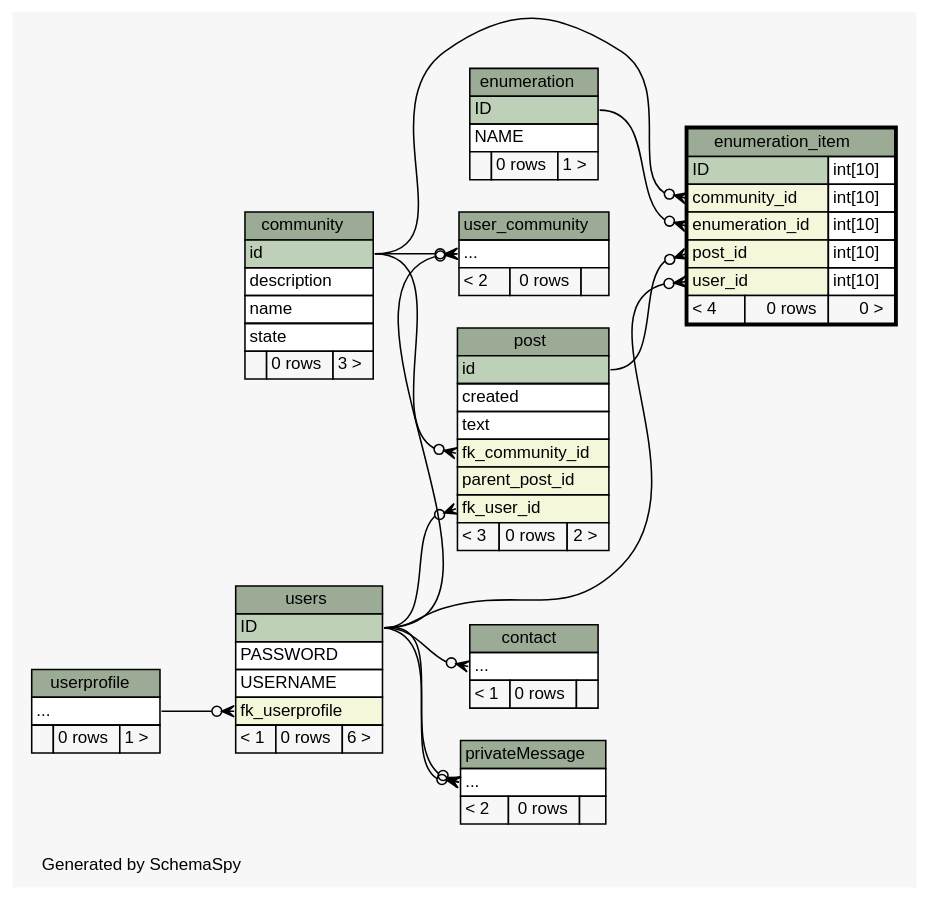
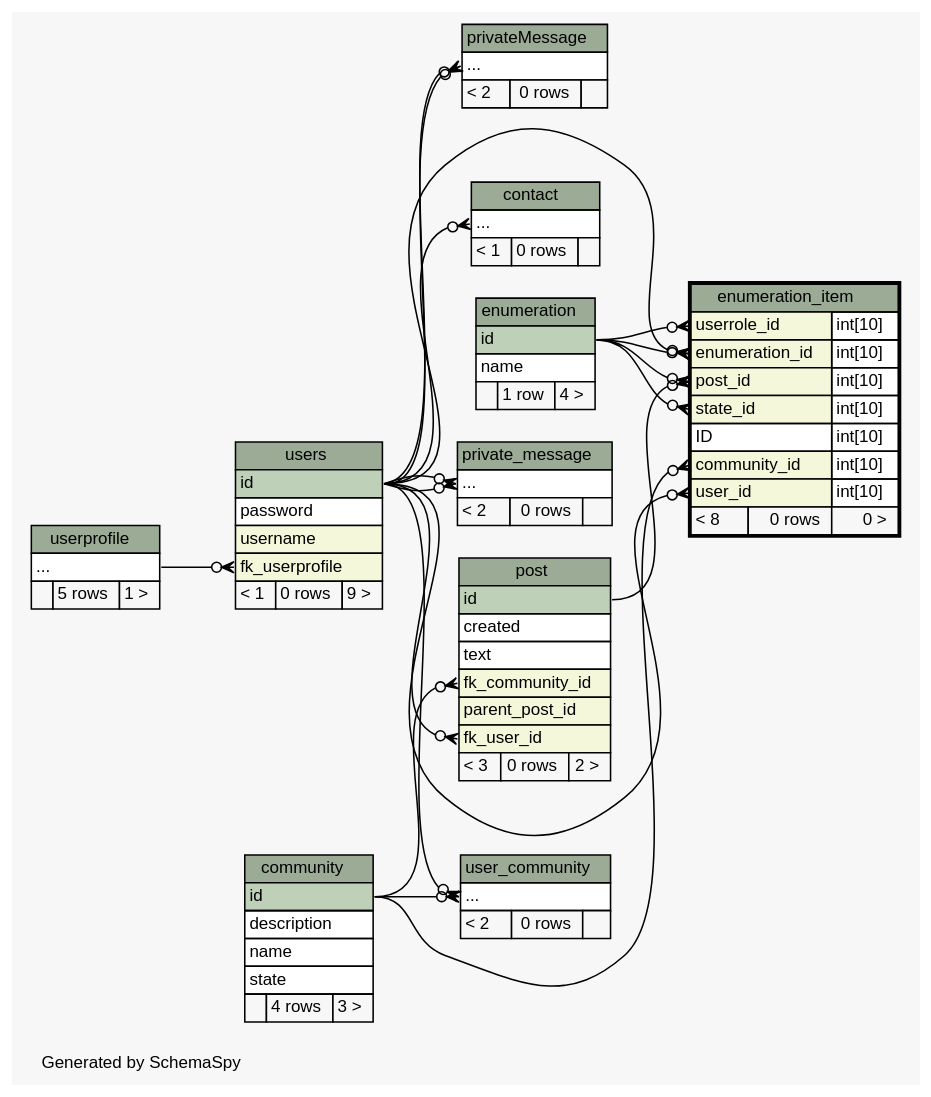
The diagram in doc/db_schema/diagrams/enumeration_item.2degrees.dot (chr-krenn/chr-krenn-fhj-ws2017-sd17-pse), drawn with Graphviz before and after one commit. The commit also changed 68 other files, not shown here.

Commit message:
update database schema documentation

```diff
--- a/doc/db_schema/diagrams/enumeration_item.2degrees.dot
+++ b/doc/db_schema/diagrams/enumeration_item.2degrees.dot
@@ -1,140 +1,158 @@
 // dot 2.40.1 on Linux 4.12.5-300.fc26.x86_64
 // SchemaSpy rev 590
 digraph "twoDegreesRelationshipsDiagram" {
   graph [
     rankdir="RL"
     bgcolor="#f7f7f7"
     label="\nGenerated by SchemaSpy"
     labeljust="l"
     nodesep="0.18"
     ranksep="0.46"
     fontname="Helvetica"
     fontsize="11"
   ];
   node [
     fontname="Helvetica"
     fontsize="11"
     shape="plaintext"
   ];
   edge [
     arrowsize="0.8"
   ];
-  "contact":"elipses":w -> "users":"ID":e [arrowhead=none dir=back arrowtail=crowodot];
+  "contact":"elipses":w -> "users":"id":e [arrowhead=none dir=back arrowtail=crowodot];
   "enumeration_item":"community_id":w -> "community":"id":e [arrowhead=none dir=back arrowtail=crowodot];
-  "enumeration_item":"enumeration_id":w -> "enumeration":"ID":e [arrowhead=none dir=back arrowtail=crowodot];
+  "enumeration_item":"enumeration_id":w -> "enumeration":"id":e [arrowhead=none dir=back arrowtail=crowodot];
+  "enumeration_item":"enumeration_id":w -> "users":"id":e [arrowhead=none dir=back arrowtail=crowodot];
+  "enumeration_item":"post_id":w -> "enumeration":"id":e [arrowhead=none dir=back arrowtail=crowodot];
   "enumeration_item":"post_id":w -> "post":"id":e [arrowhead=none dir=back arrowtail=crowodot];
-  "enumeration_item":"user_id":w -> "users":"ID":e [arrowhead=none dir=back arrowtail=crowodot];
+  "enumeration_item":"state_id":w -> "enumeration":"id":e [arrowhead=none dir=back arrowtail=crowodot];
+  "enumeration_item":"user_id":w -> "users":"id":e [arrowhead=none dir=back arrowtail=crowodot];
+  "enumeration_item":"userrole_id":w -> "enumeration":"id":e [arrowhead=none dir=back arrowtail=crowodot];
   "post":"fk_community_id":w -> "community":"id":e [arrowhead=none dir=back arrowtail=crowodot];
-  "post":"fk_user_id":w -> "users":"ID":e [arrowhead=none dir=back arrowtail=crowodot];
-  "privateMessage":"elipses":w -> "users":"ID":e [arrowhead=none dir=back arrowtail=crowodot];
-  "privateMessage":"elipses":w -> "users":"ID":e [arrowhead=none dir=back arrowtail=crowodot];
-  "user_community":"elipses":w -> "users":"ID":e [arrowhead=none dir=back arrowtail=crowodot];
+  "post":"fk_user_id":w -> "users":"id":e [arrowhead=none dir=back arrowtail=crowodot];
+  "private_message":"elipses":w -> "users":"id":e [arrowhead=none dir=back arrowtail=crowodot];
+  "private_message":"elipses":w -> "users":"id":e [arrowhead=none dir=back arrowtail=crowodot];
+  "privateMessage":"elipses":w -> "users":"id":e [arrowhead=none dir=back arrowtail=crowodot];
+  "privateMessage":"elipses":w -> "users":"id":e [arrowhead=none dir=back arrowtail=crowodot];
+  "user_community":"elipses":w -> "users":"id":e [arrowhead=none dir=back arrowtail=crowodot];
   "user_community":"elipses":w -> "community":"id":e [arrowhead=none dir=back arrowtail=crowodot];
   "users":"fk_userprofile":w -> "userprofile":"elipses":e [arrowhead=none dir=back arrowtail=crowodot];
   "community" [
     label=<
     <TABLE BORDER="0" CELLBORDER="1" CELLSPACING="0" BGCOLOR="#ffffff">
       <TR><TD COLSPAN="3" BGCOLOR="#9bab96" ALIGN="CENTER">community</TD></TR>
       <TR><TD PORT="id" COLSPAN="3" BGCOLOR="#bed1b8" ALIGN="LEFT">id</TD></TR>
       <TR><TD PORT="description" COLSPAN="3" ALIGN="LEFT">description</TD></TR>
       <TR><TD PORT="name" COLSPAN="3" ALIGN="LEFT">name</TD></TR>
       <TR><TD PORT="state" COLSPAN="3" ALIGN="LEFT">state</TD></TR>
-      <TR><TD ALIGN="LEFT" BGCOLOR="#f7f7f7">  </TD><TD ALIGN="RIGHT" BGCOLOR="#f7f7f7">0 rows</TD><TD ALIGN="RIGHT" BGCOLOR="#f7f7f7">3 &gt;</TD></TR>
+      <TR><TD ALIGN="LEFT" BGCOLOR="#f7f7f7">  </TD><TD ALIGN="RIGHT" BGCOLOR="#f7f7f7">4 rows</TD><TD ALIGN="RIGHT" BGCOLOR="#f7f7f7">3 &gt;</TD></TR>
     </TABLE>>
     URL="community.html"
     tooltip="community"
   ];
   "contact" [
     label=<
     <TABLE BORDER="0" CELLBORDER="1" CELLSPACING="0" BGCOLOR="#ffffff">
       <TR><TD COLSPAN="3" BGCOLOR="#9bab96" ALIGN="CENTER">contact</TD></TR>
       <TR><TD PORT="elipses" COLSPAN="3" ALIGN="LEFT">...</TD></TR>
       <TR><TD ALIGN="LEFT" BGCOLOR="#f7f7f7">&lt; 1</TD><TD ALIGN="RIGHT" BGCOLOR="#f7f7f7">0 rows</TD><TD ALIGN="RIGHT" BGCOLOR="#f7f7f7">  </TD></TR>
     </TABLE>>
     URL="contact.html"
     tooltip="contact"
   ];
   "enumeration" [
     label=<
     <TABLE BORDER="0" CELLBORDER="1" CELLSPACING="0" BGCOLOR="#ffffff">
       <TR><TD COLSPAN="3" BGCOLOR="#9bab96" ALIGN="CENTER">enumeration</TD></TR>
-      <TR><TD PORT="ID" COLSPAN="3" BGCOLOR="#bed1b8" ALIGN="LEFT">ID</TD></TR>
-      <TR><TD PORT="NAME" COLSPAN="3" ALIGN="LEFT">NAME</TD></TR>
-      <TR><TD ALIGN="LEFT" BGCOLOR="#f7f7f7">  </TD><TD ALIGN="RIGHT" BGCOLOR="#f7f7f7">0 rows</TD><TD ALIGN="RIGHT" BGCOLOR="#f7f7f7">1 &gt;</TD></TR>
+      <TR><TD PORT="id" COLSPAN="3" BGCOLOR="#bed1b8" ALIGN="LEFT">id</TD></TR>
+      <TR><TD PORT="name" COLSPAN="3" ALIGN="LEFT">name</TD></TR>
+      <TR><TD ALIGN="LEFT" BGCOLOR="#f7f7f7">  </TD><TD ALIGN="RIGHT" BGCOLOR="#f7f7f7">1 row</TD><TD ALIGN="RIGHT" BGCOLOR="#f7f7f7">4 &gt;</TD></TR>
     </TABLE>>
     URL="enumeration.html"
     tooltip="enumeration"
   ];
   "enumeration_item" [
     label=<
     <TABLE BORDER="2" CELLBORDER="1" CELLSPACING="0" BGCOLOR="#ffffff">
       <TR><TD COLSPAN="3" BGCOLOR="#9bab96" ALIGN="CENTER">enumeration_item</TD></TR>
-      <TR><TD PORT="ID" COLSPAN="2" BGCOLOR="#bed1b8" ALIGN="LEFT">ID</TD><TD PORT="ID.type" ALIGN="LEFT">int[10]</TD></TR>
-      <TR><TD PORT="community_id" COLSPAN="2" BGCOLOR="#f4f7da" ALIGN="LEFT">community_id</TD><TD PORT="community_id.type" ALIGN="LEFT">int[10]</TD></TR>
+      <TR><TD PORT="userrole_id" COLSPAN="2" BGCOLOR="#f4f7da" ALIGN="LEFT">userrole_id</TD><TD PORT="userrole_id.type" ALIGN="LEFT">int[10]</TD></TR>
       <TR><TD PORT="enumeration_id" COLSPAN="2" BGCOLOR="#f4f7da" ALIGN="LEFT">enumeration_id</TD><TD PORT="enumeration_id.type" ALIGN="LEFT">int[10]</TD></TR>
       <TR><TD PORT="post_id" COLSPAN="2" BGCOLOR="#f4f7da" ALIGN="LEFT">post_id</TD><TD PORT="post_id.type" ALIGN="LEFT">int[10]</TD></TR>
+      <TR><TD PORT="state_id" COLSPAN="2" BGCOLOR="#f4f7da" ALIGN="LEFT">state_id</TD><TD PORT="state_id.type" ALIGN="LEFT">int[10]</TD></TR>
+      <TR><TD PORT="ID" COLSPAN="2" ALIGN="LEFT">ID</TD><TD PORT="ID.type" ALIGN="LEFT">int[10]</TD></TR>
+      <TR><TD PORT="community_id" COLSPAN="2" BGCOLOR="#f4f7da" ALIGN="LEFT">community_id</TD><TD PORT="community_id.type" ALIGN="LEFT">int[10]</TD></TR>
       <TR><TD PORT="user_id" COLSPAN="2" BGCOLOR="#f4f7da" ALIGN="LEFT">user_id</TD><TD PORT="user_id.type" ALIGN="LEFT">int[10]</TD></TR>
-      <TR><TD ALIGN="LEFT" BGCOLOR="#f7f7f7">&lt; 4</TD><TD ALIGN="RIGHT" BGCOLOR="#f7f7f7">0 rows</TD><TD ALIGN="RIGHT" BGCOLOR="#f7f7f7">0 &gt;</TD></TR>
+      <TR><TD ALIGN="LEFT" BGCOLOR="#f7f7f7">&lt; 8</TD><TD ALIGN="RIGHT" BGCOLOR="#f7f7f7">0 rows</TD><TD ALIGN="RIGHT" BGCOLOR="#f7f7f7">0 &gt;</TD></TR>
     </TABLE>>
     URL="enumeration_item.html"
     tooltip="enumeration_item"
   ];
   "post" [
     label=<
     <TABLE BORDER="0" CELLBORDER="1" CELLSPACING="0" BGCOLOR="#ffffff">
       <TR><TD COLSPAN="3" BGCOLOR="#9bab96" ALIGN="CENTER">post</TD></TR>
       <TR><TD PORT="id" COLSPAN="3" BGCOLOR="#bed1b8" ALIGN="LEFT">id</TD></TR>
       <TR><TD PORT="created" COLSPAN="3" ALIGN="LEFT">created</TD></TR>
       <TR><TD PORT="text" COLSPAN="3" ALIGN="LEFT">text</TD></TR>
       <TR><TD PORT="fk_community_id" COLSPAN="3" BGCOLOR="#f4f7da" ALIGN="LEFT">fk_community_id</TD></TR>
       <TR><TD PORT="parent_post_id" COLSPAN="3" BGCOLOR="#f4f7da" ALIGN="LEFT">parent_post_id</TD></TR>
       <TR><TD PORT="fk_user_id" COLSPAN="3" BGCOLOR="#f4f7da" ALIGN="LEFT">fk_user_id</TD></TR>
       <TR><TD ALIGN="LEFT" BGCOLOR="#f7f7f7">&lt; 3</TD><TD ALIGN="RIGHT" BGCOLOR="#f7f7f7">0 rows</TD><TD ALIGN="RIGHT" BGCOLOR="#f7f7f7">2 &gt;</TD></TR>
     </TABLE>>
     URL="post.html"
     tooltip="post"
+  ];
+  "private_message" [
+    label=<
+    <TABLE BORDER="0" CELLBORDER="1" CELLSPACING="0" BGCOLOR="#ffffff">
+      <TR><TD COLSPAN="3" BGCOLOR="#9bab96" ALIGN="CENTER">private_message</TD></TR>
+      <TR><TD PORT="elipses" COLSPAN="3" ALIGN="LEFT">...</TD></TR>
+      <TR><TD ALIGN="LEFT" BGCOLOR="#f7f7f7">&lt; 2</TD><TD ALIGN="RIGHT" BGCOLOR="#f7f7f7">0 rows</TD><TD ALIGN="RIGHT" BGCOLOR="#f7f7f7">  </TD></TR>
+    </TABLE>>
+    URL="private_message.html"
+    tooltip="private_message"
   ];
   "privateMessage" [
     label=<
     <TABLE BORDER="0" CELLBORDER="1" CELLSPACING="0" BGCOLOR="#ffffff">
       <TR><TD COLSPAN="3" BGCOLOR="#9bab96" ALIGN="CENTER">privateMessage</TD></TR>
       <TR><TD PORT="elipses" COLSPAN="3" ALIGN="LEFT">...</TD></TR>
       <TR><TD ALIGN="LEFT" BGCOLOR="#f7f7f7">&lt; 2</TD><TD ALIGN="RIGHT" BGCOLOR="#f7f7f7">0 rows</TD><TD ALIGN="RIGHT" BGCOLOR="#f7f7f7">  </TD></TR>
     </TABLE>>
     URL="privateMessage.html"
     tooltip="privateMessage"
   ];
   "user_community" [
     label=<
     <TABLE BORDER="0" CELLBORDER="1" CELLSPACING="0" BGCOLOR="#ffffff">
       <TR><TD COLSPAN="3" BGCOLOR="#9bab96" ALIGN="CENTER">user_community</TD></TR>
       <TR><TD PORT="elipses" COLSPAN="3" ALIGN="LEFT">...</TD></TR>
       <TR><TD ALIGN="LEFT" BGCOLOR="#f7f7f7">&lt; 2</TD><TD ALIGN="RIGHT" BGCOLOR="#f7f7f7">0 rows</TD><TD ALIGN="RIGHT" BGCOLOR="#f7f7f7">  </TD></TR>
     </TABLE>>
     URL="user_community.html"
     tooltip="user_community"
   ];
   "userprofile" [
     label=<
     <TABLE BORDER="0" CELLBORDER="1" CELLSPACING="0" BGCOLOR="#ffffff">
       <TR><TD COLSPAN="3" BGCOLOR="#9bab96" ALIGN="CENTER">userprofile</TD></TR>
       <TR><TD PORT="elipses" COLSPAN="3" ALIGN="LEFT">...</TD></TR>
-      <TR><TD ALIGN="LEFT" BGCOLOR="#f7f7f7">  </TD><TD ALIGN="RIGHT" BGCOLOR="#f7f7f7">0 rows</TD><TD ALIGN="RIGHT" BGCOLOR="#f7f7f7">1 &gt;</TD></TR>
+      <TR><TD ALIGN="LEFT" BGCOLOR="#f7f7f7">  </TD><TD ALIGN="RIGHT" BGCOLOR="#f7f7f7">5 rows</TD><TD ALIGN="RIGHT" BGCOLOR="#f7f7f7">1 &gt;</TD></TR>
     </TABLE>>
     URL="userprofile.html"
     tooltip="userprofile"
   ];
   "users" [
     label=<
     <TABLE BORDER="0" CELLBORDER="1" CELLSPACING="0" BGCOLOR="#ffffff">
       <TR><TD COLSPAN="3" BGCOLOR="#9bab96" ALIGN="CENTER">users</TD></TR>
-      <TR><TD PORT="ID" COLSPAN="3" BGCOLOR="#bed1b8" ALIGN="LEFT">ID</TD></TR>
-      <TR><TD PORT="PASSWORD" COLSPAN="3" ALIGN="LEFT">PASSWORD</TD></TR>
-      <TR><TD PORT="USERNAME" COLSPAN="3" ALIGN="LEFT">USERNAME</TD></TR>
+      <TR><TD PORT="id" COLSPAN="3" BGCOLOR="#bed1b8" ALIGN="LEFT">id</TD></TR>
+      <TR><TD PORT="password" COLSPAN="3" ALIGN="LEFT">password</TD></TR>
+      <TR><TD PORT="username" COLSPAN="3" BGCOLOR="#f4f7da" ALIGN="LEFT">username</TD></TR>
       <TR><TD PORT="fk_userprofile" COLSPAN="3" BGCOLOR="#f4f7da" ALIGN="LEFT">fk_userprofile</TD></TR>
-      <TR><TD ALIGN="LEFT" BGCOLOR="#f7f7f7">&lt; 1</TD><TD ALIGN="RIGHT" BGCOLOR="#f7f7f7">0 rows</TD><TD ALIGN="RIGHT" BGCOLOR="#f7f7f7">6 &gt;</TD></TR>
+      <TR><TD ALIGN="LEFT" BGCOLOR="#f7f7f7">&lt; 1</TD><TD ALIGN="RIGHT" BGCOLOR="#f7f7f7">0 rows</TD><TD ALIGN="RIGHT" BGCOLOR="#f7f7f7">9 &gt;</TD></TR>
     </TABLE>>
     URL="users.html"
     tooltip="users"
   ];
 }
```
